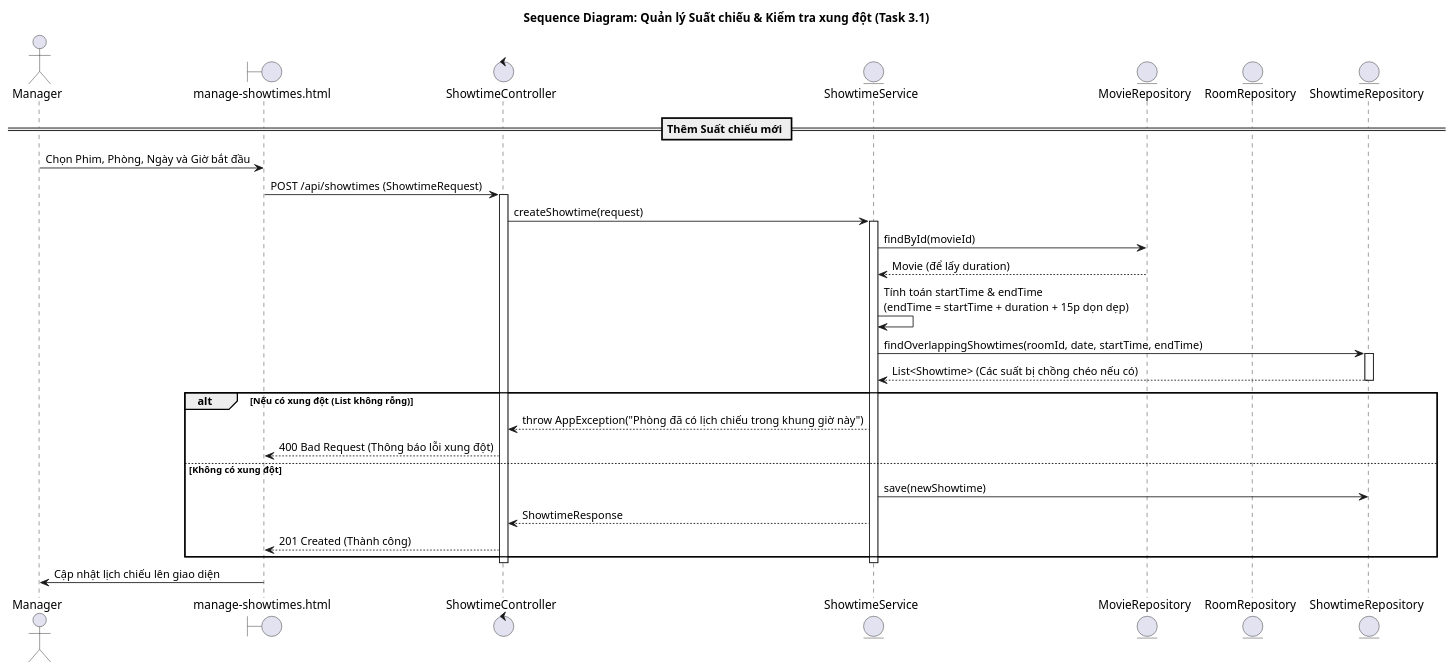
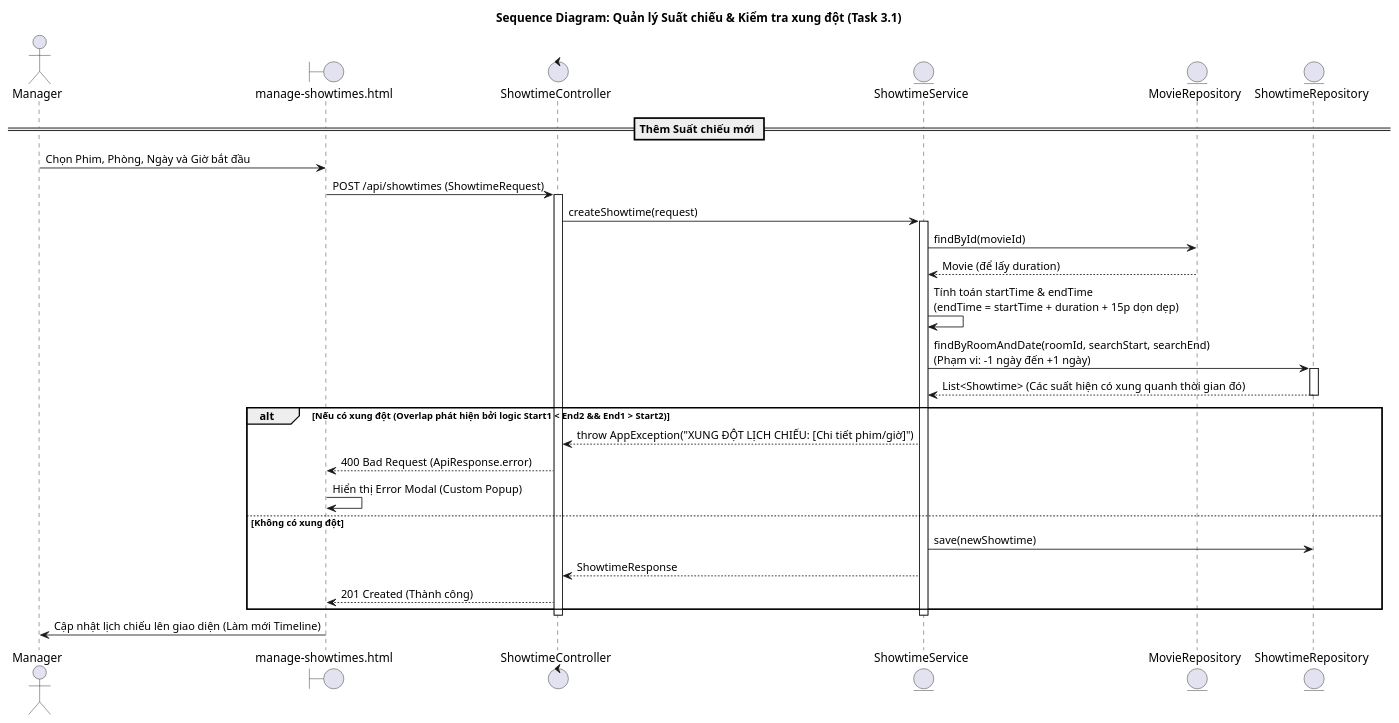
Before and after one commit to vothnha26/Cinema-Management-System: the diagram in uml/sequence/manager_manage_showtime_conflict.puml, drawn with PlantUML. The commit also changed 17 other files, not shown here.

```diff
--- a/uml/sequence/manager_manage_showtime_conflict.puml
+++ b/uml/sequence/manager_manage_showtime_conflict.puml
@@ -1,44 +1,44 @@
 @startuml Manager Manage Showtime Conflict
 title Sequence Diagram: Quản lý Suất chiếu & Kiểm tra xung đột (Task 3.1)
 skinparam theme cerulean
 
 actor Manager
 boundary "manage-showtimes.html" as UI
 control "ShowtimeController" as Ctrl
 entity "ShowtimeService" as Svc
 entity "MovieRepository" as MovieDB
-entity "RoomRepository" as RoomDB
 entity "ShowtimeRepository" as ShowtimeDB
 
 == Thêm Suất chiếu mới ==
 Manager -> UI: Chọn Phim, Phòng, Ngày và Giờ bắt đầu
 UI -> Ctrl: POST /api/showtimes (ShowtimeRequest)
 activate Ctrl
 
 Ctrl -> Svc: createShowtime(request)
 activate Svc
 
 Svc -> MovieDB: findById(movieId)
 MovieDB --> Svc: Movie (để lấy duration)
 
 Svc -> Svc: Tính toán startTime & endTime \n(endTime = startTime + duration + 15p dọn dẹp)
 
-Svc -> ShowtimeDB: findOverlappingShowtimes(roomId, date, startTime, endTime)
+Svc -> ShowtimeDB: findByRoomAndDate(roomId, searchStart, searchEnd) \n(Phạm vi: -1 ngày đến +1 ngày)
 activate ShowtimeDB
-ShowtimeDB --> Svc: List<Showtime> (Các suất bị chồng chéo nếu có)
+ShowtimeDB --> Svc: List<Showtime> (Các suất hiện có xung quanh thời gian đó)
 deactivate ShowtimeDB
 
-alt Nếu có xung đột (List không rỗng)
-    Svc --> Ctrl: throw AppException("Phòng đã có lịch chiếu trong khung giờ này")
-    Ctrl --> UI: 400 Bad Request (Thông báo lỗi xung đột)
+alt Nếu có xung đột (Overlap phát hiện bởi logic Start1 < End2 && End1 > Start2)
+    Svc --> Ctrl: throw AppException("XUNG ĐỘT LỊCH CHIẾU: [Chi tiết phim/giờ]")
+    Ctrl --> UI: 400 Bad Request (ApiResponse.error)
+    UI -> UI: Hiển thị Error Modal (Custom Popup)
 else Không có xung đột
     Svc -> ShowtimeDB: save(newShowtime)
     Svc --> Ctrl: ShowtimeResponse
     Ctrl --> UI: 201 Created (Thành công)
 end
 
 deactivate Svc
 deactivate Ctrl
 
-UI -> Manager: Cập nhật lịch chiếu lên giao diện
+UI -> Manager: Cập nhật lịch chiếu lên giao diện (Làm mới Timeline)
 @enduml
```
